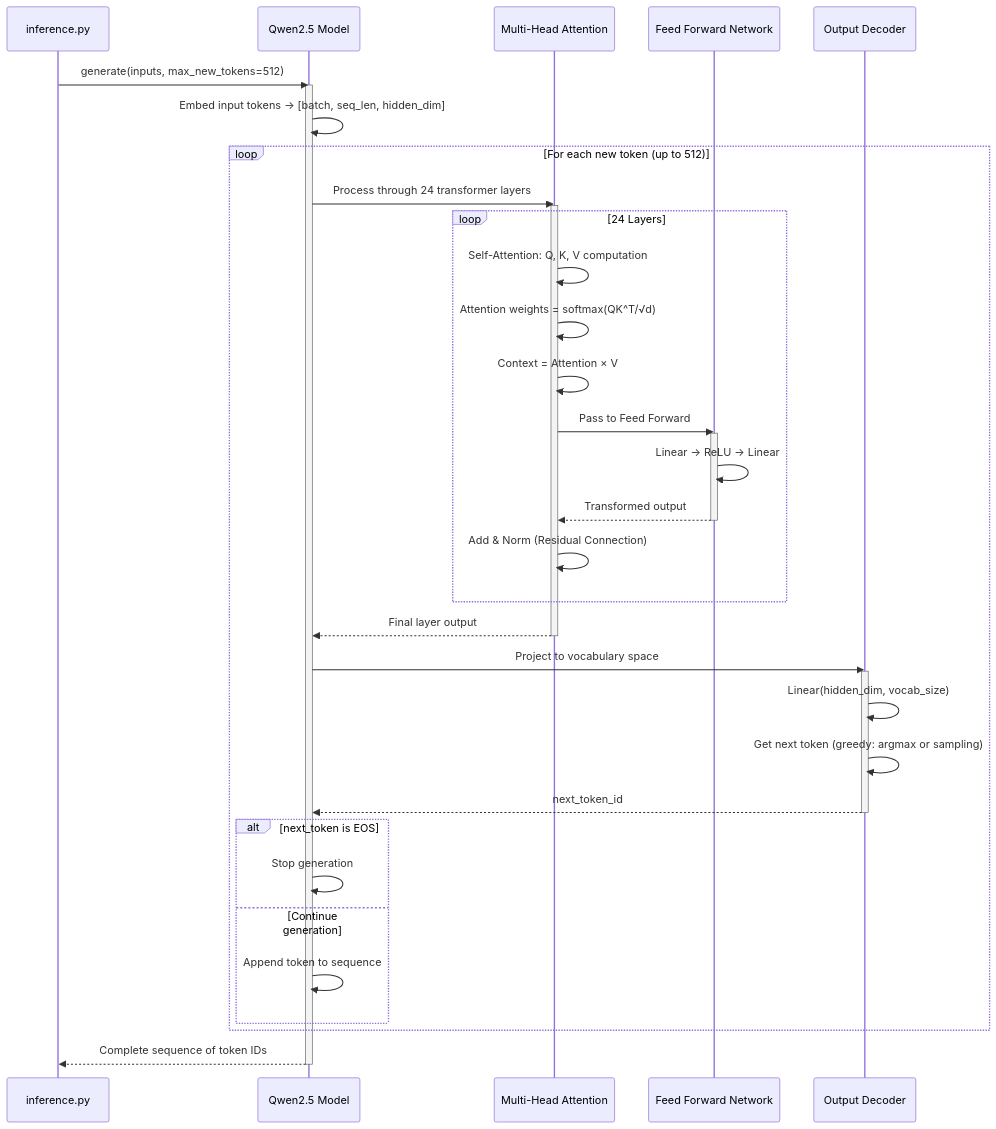
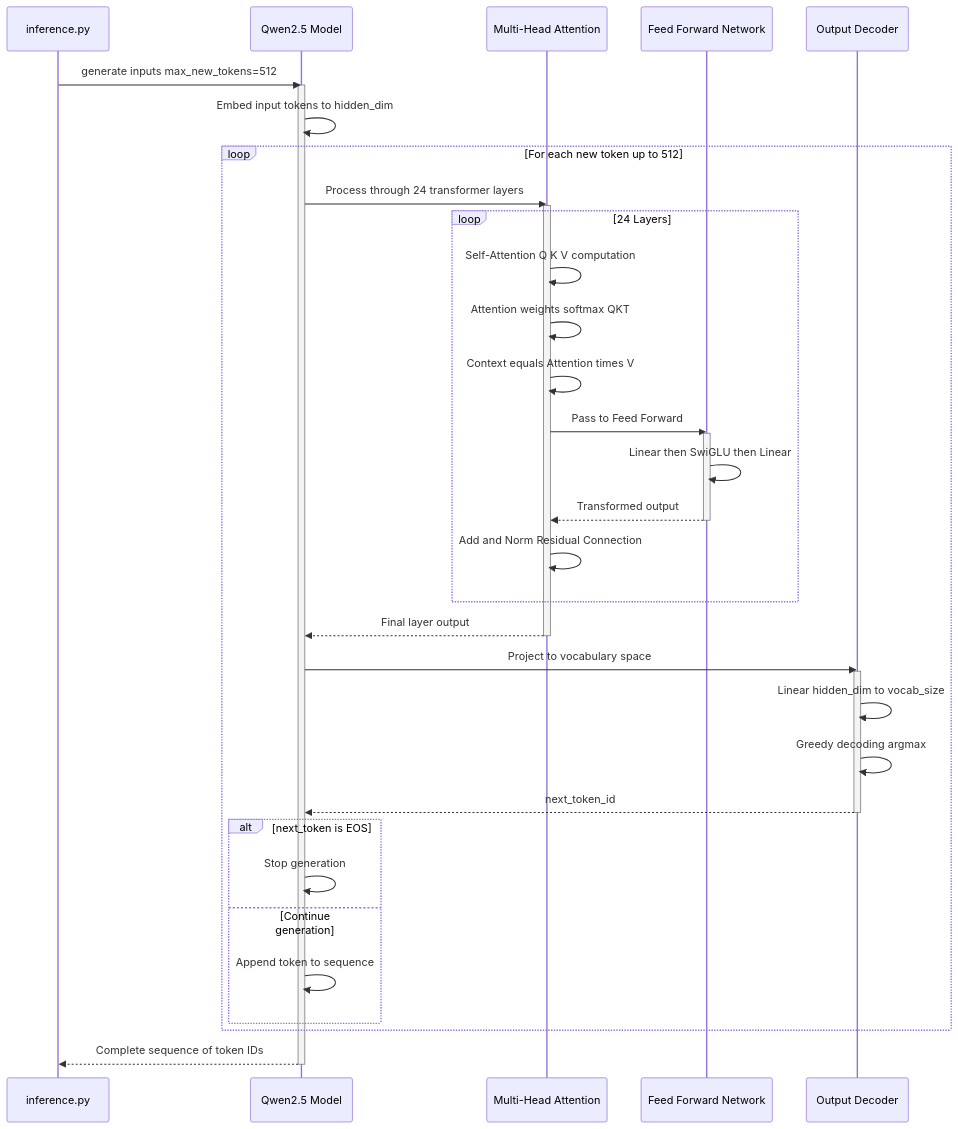
One commit to nayanjha16/CodeGen-Implementations changed the fourth of 11 diagrams in docs/sequence_diagrams.md. Above: the diagram before and after it, drawn with Mermaid. The commit also changed other lines of this file and 24 other files, not shown here.

````diff
--- a/docs/sequence_diagrams.md
+++ b/docs/sequence_diagrams.md
@@ -171,49 +174,49 @@
 ```mermaid
 sequenceDiagram
     participant Inference as inference.py
     participant Model as Qwen2.5 Model
     participant Attention as Multi-Head Attention
     participant FFN as Feed Forward Network
     participant Decoder as Output Decoder
     
-    Inference->>Model: generate(inputs, max_new_tokens=512)
+    Inference->>Model: generate inputs max_new_tokens=512
     activate Model
     
-    Model->>Model: Embed input tokens -> [batch, seq_len, hidden_dim]
+    Model->>Model: Embed input tokens to hidden_dim
     
-    loop For each new token (up to 512)
+    loop For each new token up to 512
         Model->>Attention: Process through 24 transformer layers
         activate Attention
         
         loop 24 Layers
-            Attention->>Attention: Self-Attention: Q, K, V computation
-            Attention->>Attention: Attention weights = softmax(QK^T/√d)
-            Attention->>Attention: Context = Attention × V
+            Attention->>Attention: Self-Attention Q K V computation
+            Attention->>Attention: Attention weights softmax QKT
+            Attention->>Attention: Context equals Attention times V
             Attention->>FFN: Pass to Feed Forward
             activate FFN
-            FFN->>FFN: Linear -> ReLU -> Linear
+            FFN->>FFN: Linear then SwiGLU then Linear
             FFN-->>Attention: Transformed output
             deactivate FFN
-            Attention->>Attention: Add & Norm (Residual Connection)
+            Attention->>Attention: Add and Norm Residual Connection
         end
         
         Attention-->>Model: Final layer output
         deactivate Attention
         
         Model->>Decoder: Project to vocabulary space
         activate Decoder
-        Decoder->>Decoder: Linear(hidden_dim, vocab_size)
-        Decoder->>Decoder: Get next token (greedy: argmax or sampling)
+        Decoder->>Decoder: Linear hidden_dim to vocab_size
+        Decoder->>Decoder: Greedy decoding argmax
         Decoder-->>Model: next_token_id
         deactivate Decoder
         
         alt next_token is EOS
             Model->>Model: Stop generation
         else Continue generation
             Model->>Model: Append token to sequence
         end
     end
     
     Model-->>Inference: Complete sequence of token IDs
     deactivate Model
 ```
````
